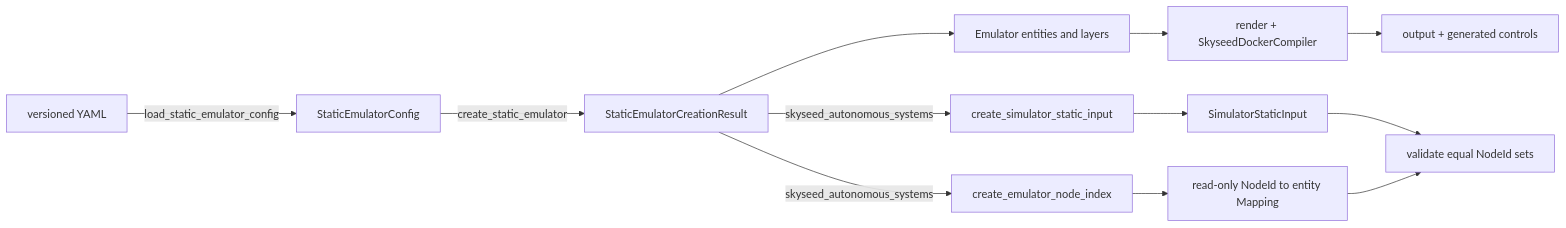
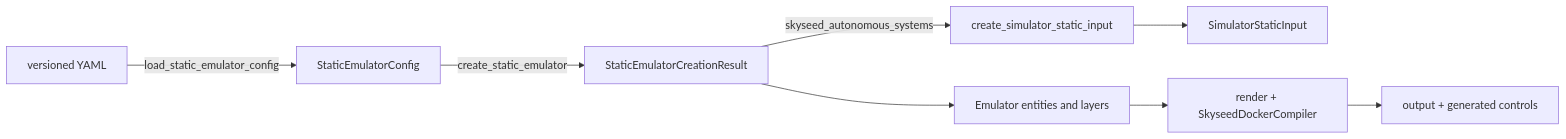
Before and after one commit to seed-labs/skyseed: the third of 4 diagrams in skyseed_v2/docs/architecture/emulator-public-construction-api.md, drawn with Mermaid. The commit also changed other lines of this file and 26 other files, not shown here.

Commit message:
Remove the global node index contract

````diff
--- a/skyseed_v2/docs/architecture/emulator-public-construction-api.md
+++ b/skyseed_v2/docs/architecture/emulator-public-construction-api.md
@@ -131,14 +143,10 @@
 ```mermaid
 flowchart LR
     Y[versioned YAML] -->|load_static_emulator_config| C[StaticEmulatorConfig]
     C -->|create_static_emulator| R[StaticEmulatorCreationResult]
     R --> E[Emulator entities and layers]
     R -->|skyseed_autonomous_systems| F[create_simulator_static_input]
     F --> I[SimulatorStaticInput]
-    R -->|skyseed_autonomous_systems| N[create_emulator_node_index]
-    N --> D[read-only NodeId to entity Mapping]
-    I --> V[validate equal NodeId sets]
-    D --> V
     E --> K[render + SkyseedDockerCompiler]
     K --> O[output + generated controls]
 ```
````
